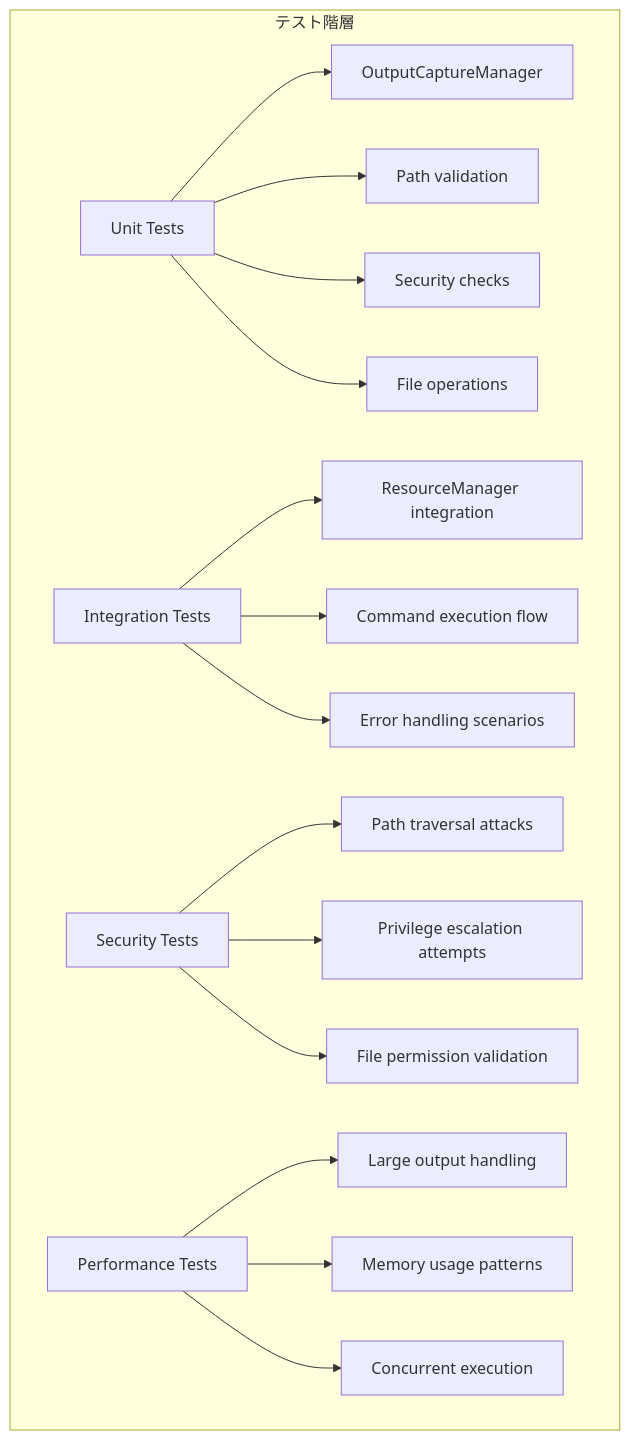
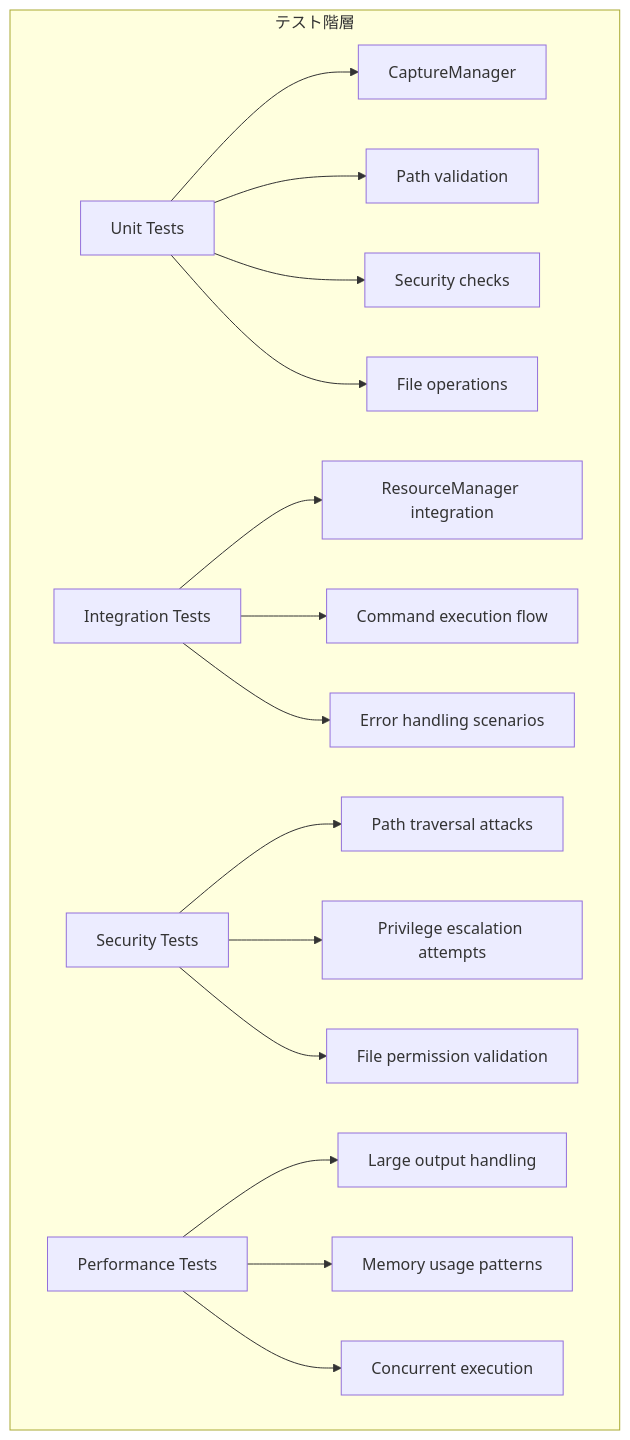
One commit to isseis/go-safe-cmd-runner changed the tenth of 11 diagrams in docs/tasks/0025_command_output/02_architecture.md. Above: the diagram before and after it, drawn with Mermaid. The commit also changed other lines of this file and 8 other files, not shown here.

First line of the commit message:
Add initial output capture types, interfaces, tests and update docs/plans

````diff
--- a/docs/tasks/0025_command_output/02_architecture.md
+++ b/docs/tasks/0025_command_output/02_architecture.md
@@ -404,25 +404,25 @@
 ```mermaid
 graph TB
     subgraph "テスト階層"
         A[Unit Tests]
-        A --> A1[OutputCaptureManager]
+        A --> A1[CaptureManager]
         A --> A2[Path validation]
         A --> A3[Security checks]
         A --> A4[File operations]
 
         B[Integration Tests]
         B --> B1[ResourceManager integration]
         B --> B2[Command execution flow]
         B --> B3[Error handling scenarios]
 
         C[Security Tests]
         C --> C1[Path traversal attacks]
         C --> C2[Privilege escalation attempts]
         C --> C3[File permission validation]
 
         D[Performance Tests]
         D --> D1[Large output handling]
         D --> D2[Memory usage patterns]
         D --> D3[Concurrent execution]
     end
 ```
````
